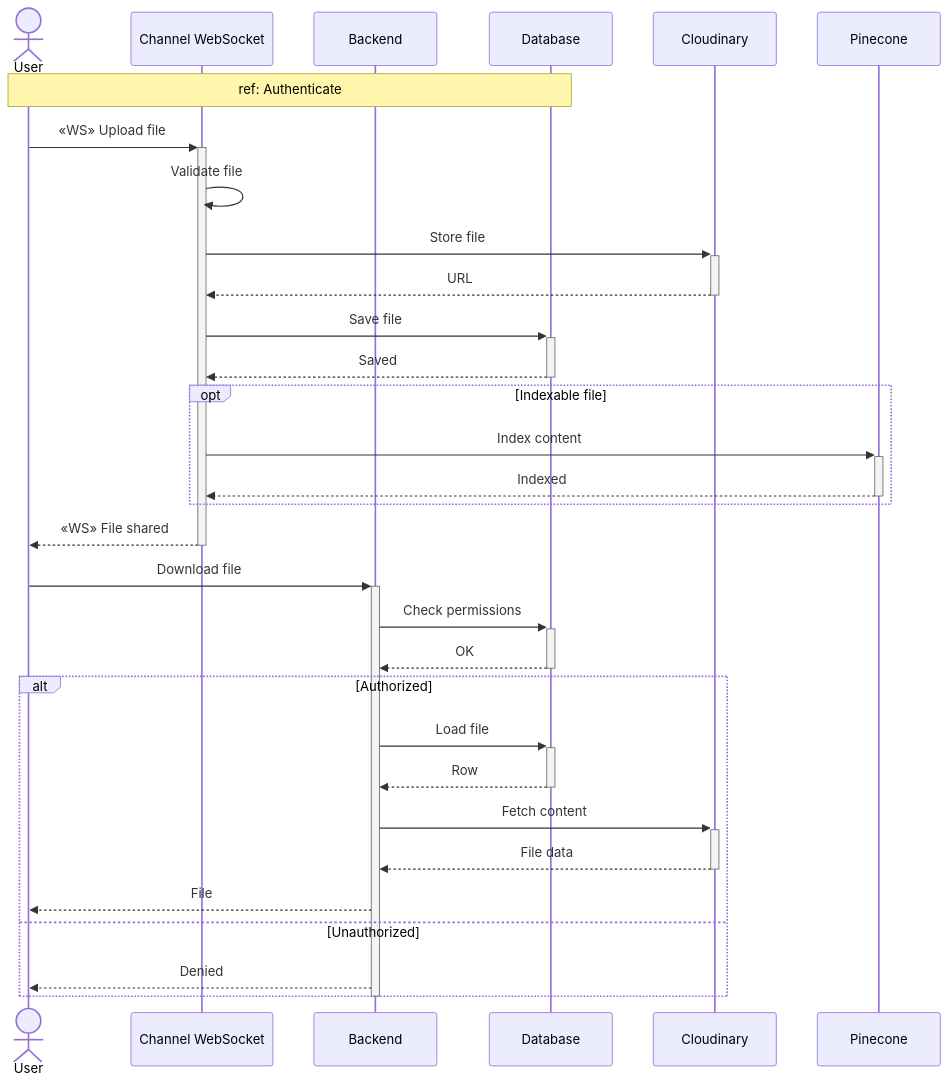
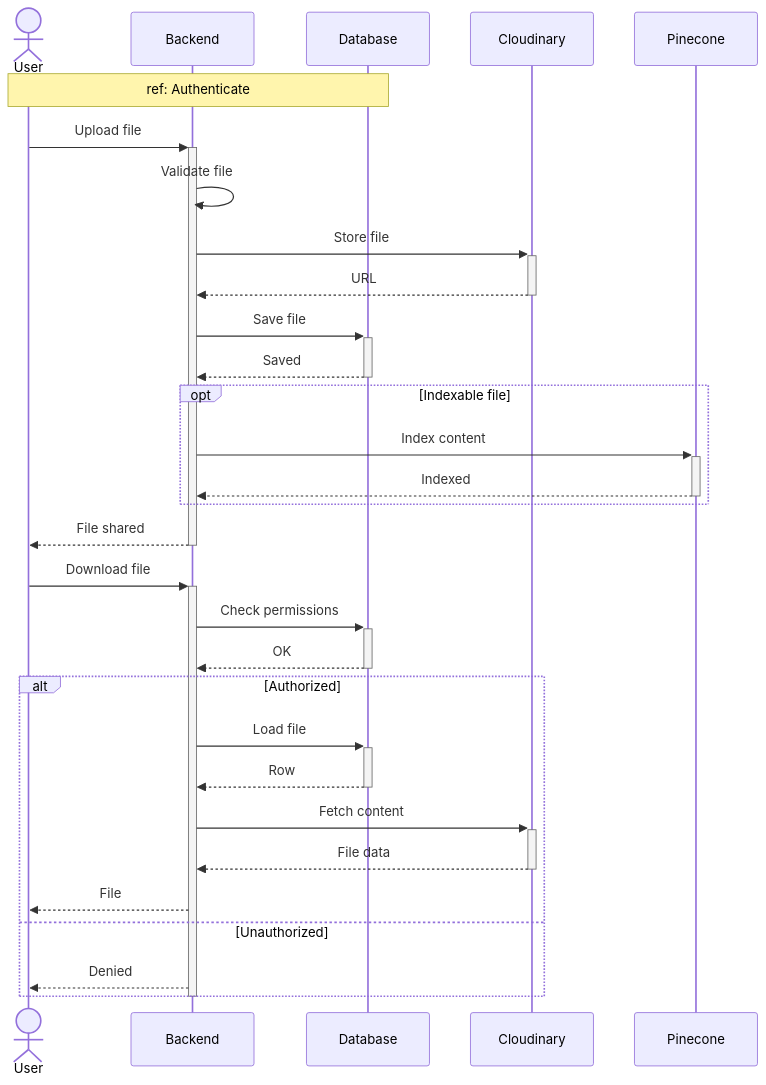
One commit to MohamedChebbi123/teamnest changed the tenth of 16 diagrams in docs/SEQUENCE_DIAGRAMS.md. Above: the diagram before and after it, drawn with Mermaid. The commit also changed other lines of this file, not shown here.

````diff
--- a/docs/SEQUENCE_DIAGRAMS.md
+++ b/docs/SEQUENCE_DIAGRAMS.md
@@ -351,37 +351,36 @@
 ```mermaid
 sequenceDiagram
     actor User
-    participant WS as Channel WebSocket
     participant API as Backend
     participant DB as Database
     participant Cloud as Cloudinary
     participant Vec as Pinecone
 
     Note over User,DB: ref: Authenticate
 
-    User->>+WS: «WS» Upload file
-    WS->>WS: Validate file
-    WS->>+Cloud: Store file
-    Cloud-->>-WS: URL
-    WS->>+DB: Save file
-    DB-->>-WS: Saved
+    User->>+API: Upload file
+    API->>API: Validate file
+    API->>+Cloud: Store file
+    Cloud-->>-API: URL
+    API->>+DB: Save file
+    DB-->>-API: Saved
     opt Indexable file
-        WS->>+Vec: Index content
-        Vec-->>-WS: Indexed
+        API->>+Vec: Index content
+        Vec-->>-API: Indexed
     end
-    WS-->>-User: «WS» File shared
+    API-->>-User: File shared
 
     User->>+API: Download file
     API->>+DB: Check permissions
     DB-->>-API: OK
     alt Authorized
         API->>+DB: Load file
         DB-->>-API: Row
         API->>+Cloud: Fetch content
         Cloud-->>-API: File data
         API-->>User: File
     else Unauthorized
         API-->>User: Denied
     end
     deactivate API
 ```
````
